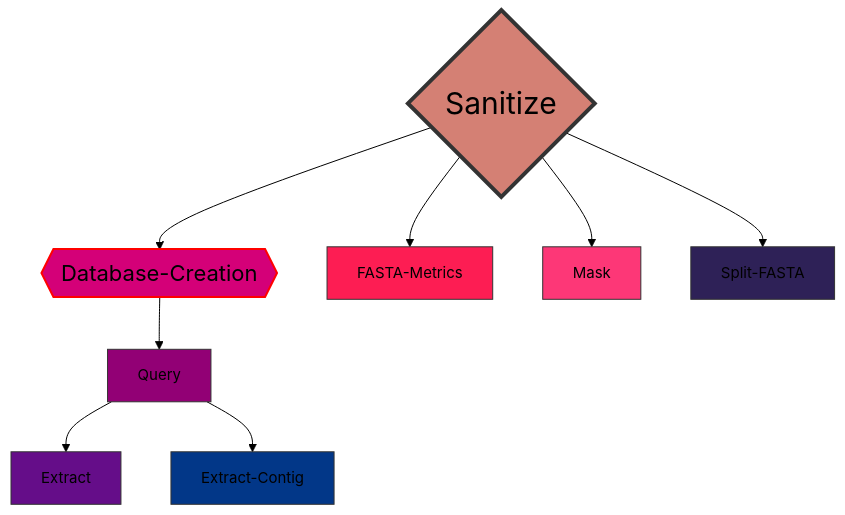
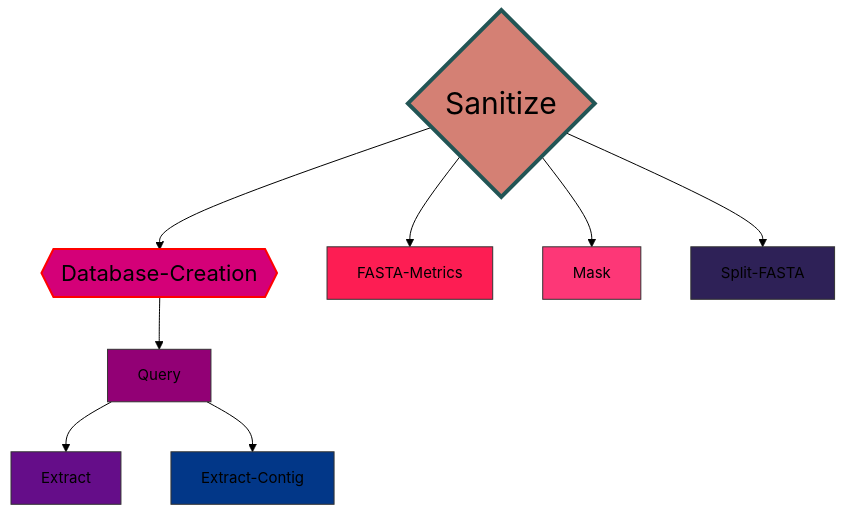
The diagram in README.md (ERBringHorvath/SeqForge), drawn with Mermaid (forest theme) before and after one commit.

````diff
--- a/README.md
+++ b/README.md
@@ -79,20 +79,20 @@
 ```mermaid
 graph TD;
     A{Sanitize}-->B{{Database-Creation}};
     B{{Database-Creation}}-->C[Query];
     C[Query]-->D[Extract];
     C[Query]-->E[Extract-Contig];
     A{Sanitize}-->F[FASTA-Metrics];
     A{Sanitize}-->G[Mask];
     A{Sanitize}-->H[Split-FASTA];
 
     %% Custom style for Sanitize node
-    style A fill:#d48074,stroke:#333,stroke-width:4,font-size:30px
+    style A fill:#d48074,stroke:#255,stroke-width:4,font-size:30px
     style B fill:#d40078,stroke:#ff0000,stroke-width:2,font-size:22px
     style C fill:#920075,stroke:#333,stroke-width:1,font-size:15px
     style D fill:#650D89,stroke:#333,stroke-width:1,font-size:15px
     style E fill:#023788,stroke:#333,stroke-width:1,font-size:15px
     style F fill:#fd1d53,stroke:#333,stroke-width:1,font-size:15px
     style G fill:#fd3777,stroke:#333,stroke-width:1,font-size:15px
     style H fill:#2e2157,stroke:#333,stroke-width:1,font-size:15px
 ```
````
